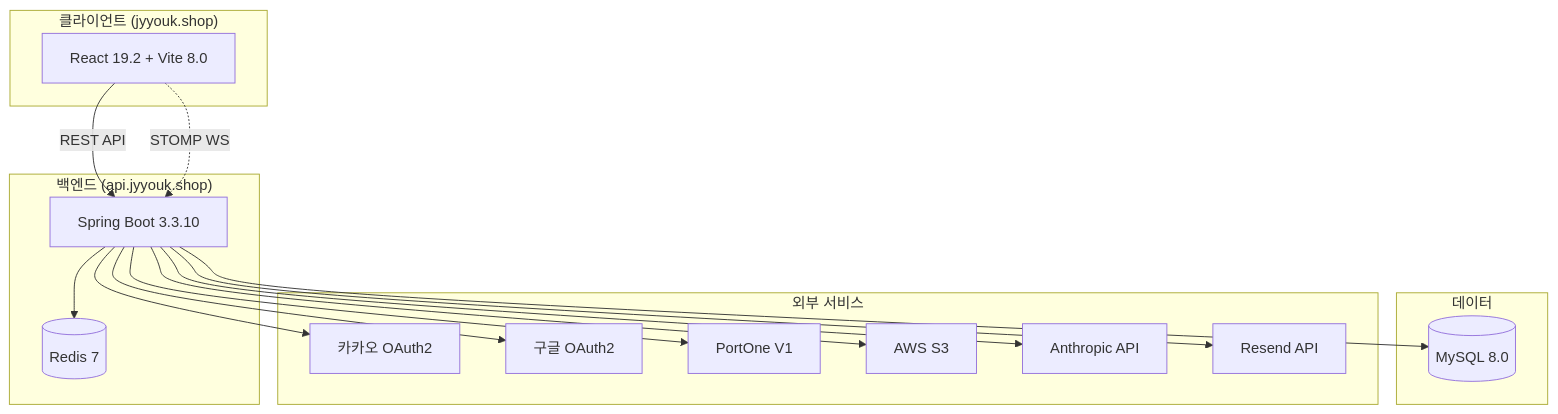
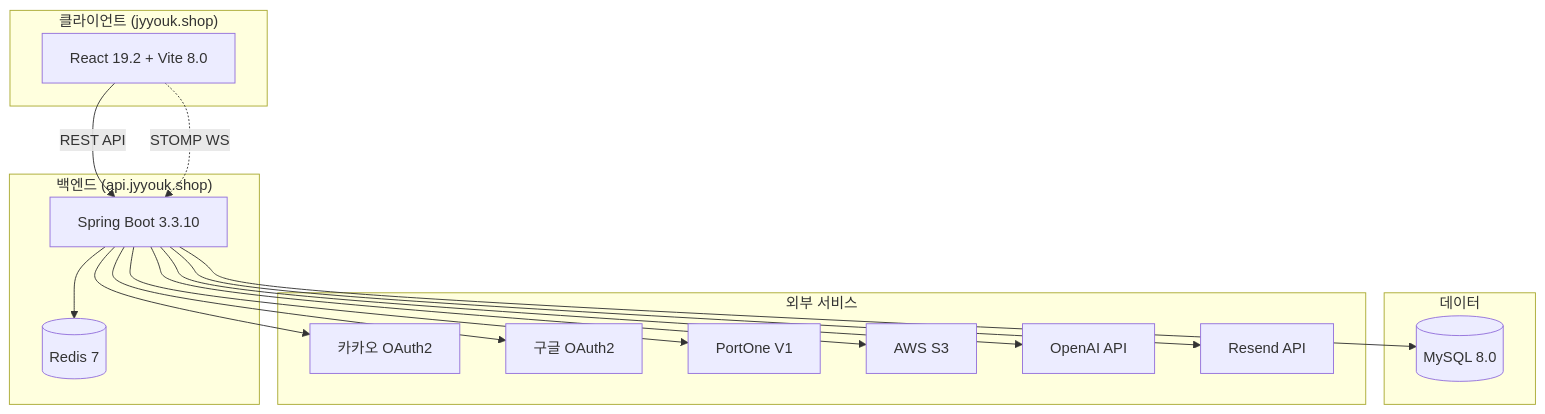
Before and after one commit to Youkjooyoung/stock-dashboard-frontend: the diagram in public/docs/README.md, drawn with Mermaid. The commit also changed other lines of this file and 3 other files, not shown here.

````diff
--- a/public/docs/README.md
+++ b/public/docs/README.md
@@ -45,35 +45,35 @@
 ```mermaid
 graph TB
     subgraph Client["클라이언트 (jyyouk.shop)"]
         React["React 19.2 + Vite 8.0"]
     end
 
     subgraph Backend["백엔드 (api.jyyouk.shop)"]
         Spring["Spring Boot 3.3.10"]
         Redis[(Redis 7)]
     end
 
     subgraph Data["데이터"]
         MySQL[(MySQL 8.0)]
     end
 
     subgraph External["외부 서비스"]
         Kakao["카카오 OAuth2"]
         Google["구글 OAuth2"]
         PortOne["PortOne V1"]
         S3["AWS S3"]
-        Anthropic["Anthropic API"]
+        OpenAI["OpenAI API"]
         Resend["Resend API"]
     end
 
     React -->|REST API| Spring
     React -.->|STOMP WS| Spring
     Spring --> Redis
     Spring --> MySQL
     Spring --> Kakao
     Spring --> Google
     Spring --> PortOne
     Spring --> S3
-    Spring --> Anthropic
+    Spring --> OpenAI
     Spring --> Resend
 ```
````
